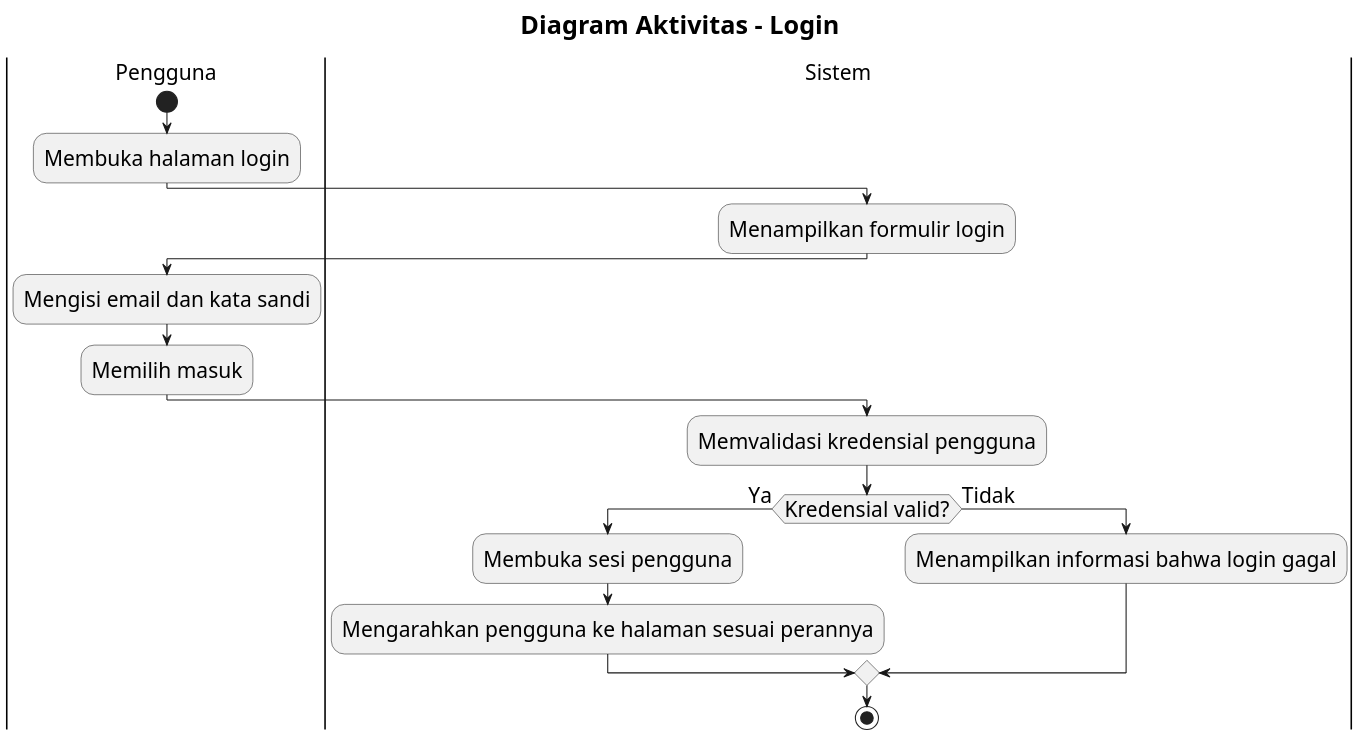
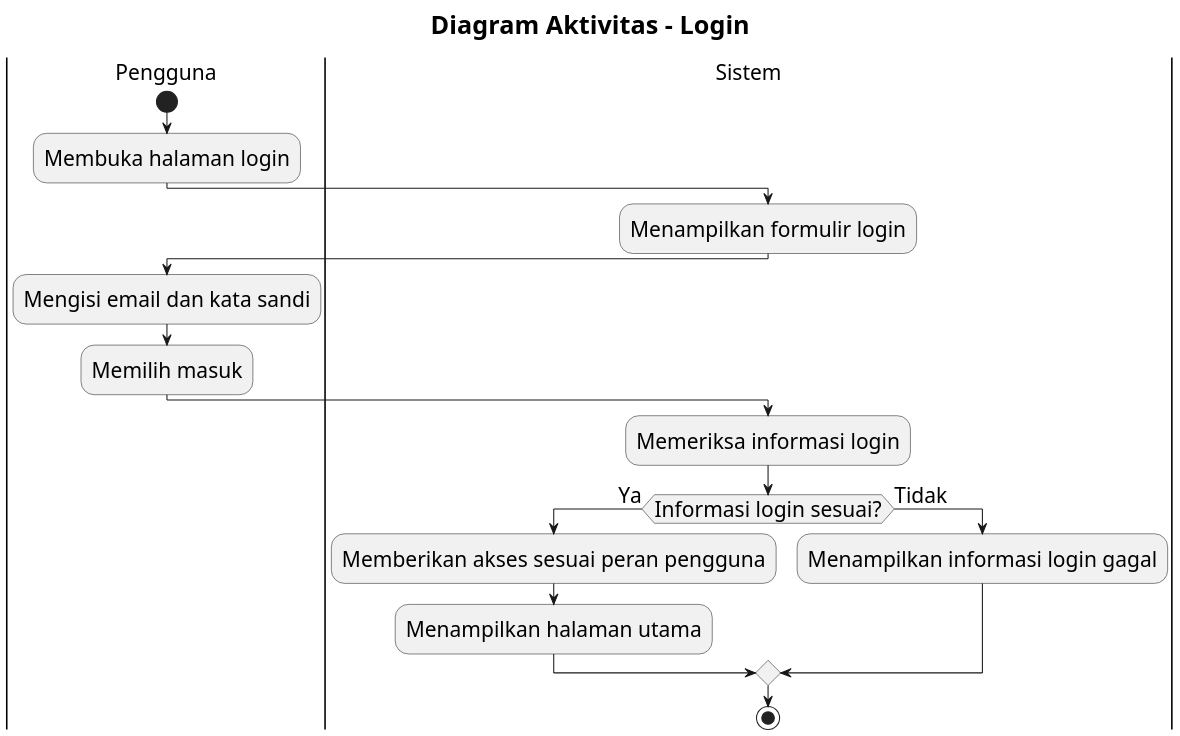
One commit to howlil/sop-generate-app changed the diagram in docs/activity-diagram/lampiran/seluruh-pengguna-login.md. Above: the diagram before and after it, drawn with PlantUML. The commit also changed other lines of this file and 20 other files, not shown here.

Commit message:
docs(activity): simplify flows to business-level design

````diff
--- a/docs/activity-diagram/lampiran/seluruh-pengguna-login.md
+++ b/docs/activity-diagram/lampiran/seluruh-pengguna-login.md
@@ -16,33 +16,33 @@
 ```plantuml
 @startuml
 skinparam defaultFontSize 20
 skinparam titleFontSize 24
 skinparam dpi 160
 
 title Diagram Aktivitas - Login
 
 |Pengguna|
 start
 :Membuka halaman login;
 
 |Sistem|
 :Menampilkan formulir login;
 
 |Pengguna|
 :Mengisi email dan kata sandi;
 :Memilih masuk;
 
 |Sistem|
-:Memvalidasi kredensial pengguna;
+:Memeriksa informasi login;
 
-if (Kredensial valid?) then (Ya)
-  :Membuka sesi pengguna;
-  :Mengarahkan pengguna ke halaman sesuai perannya;
+if (Informasi login sesuai?) then (Ya)
+  :Memberikan akses sesuai peran pengguna;
+  :Menampilkan halaman utama;
 else (Tidak)
-  :Menampilkan informasi bahwa login gagal;
+  :Menampilkan informasi login gagal;
 endif
 
 stop
 
 @enduml
 ```
````
